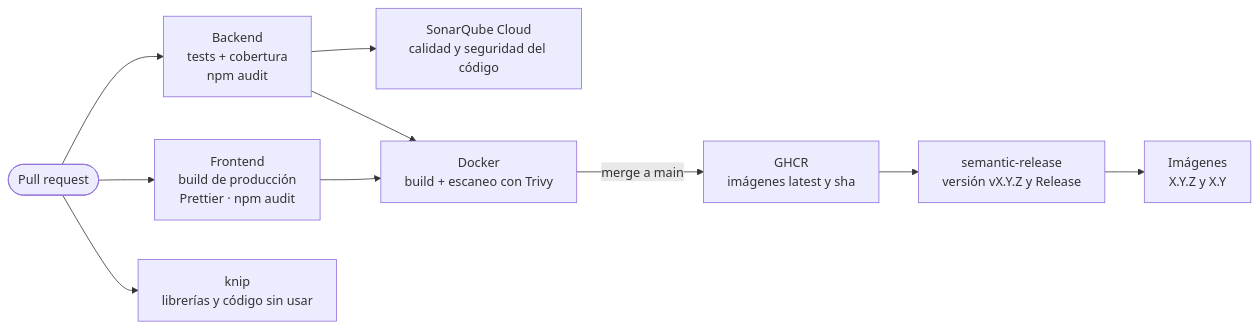
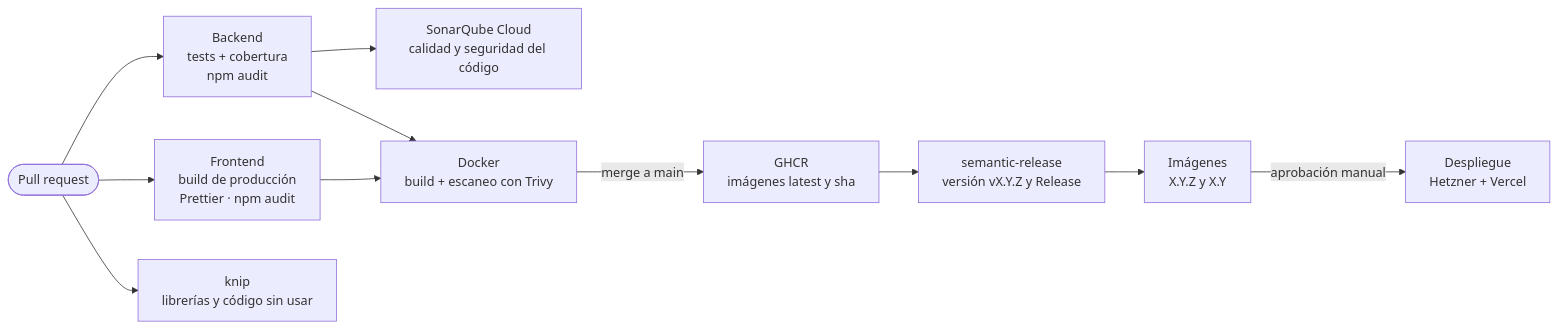
One commit to AngelaIruzubi/piaManager changed the third of 4 diagrams in README.md. Above: the diagram before and after it, drawn with Mermaid. The commit also changed other lines of this file, not shown here.

Commit message:
docs: despliegue automático en el README

````diff
--- a/README.md
+++ b/README.md
@@ -155,12 +155,13 @@
 ```mermaid
 flowchart LR
     PR([Pull request]) --> BT["Backend<br/>tests + cobertura<br/>npm audit"]
     PR --> FB["Frontend<br/>build de producción<br/>Prettier · npm audit"]
     PR --> K["knip<br/>librerías y código sin usar"]
     BT --> S["SonarQube Cloud<br/>calidad y seguridad del código"]
     BT --> DK
     FB --> DK["Docker<br/>build + escaneo con Trivy"]
     DK -->|merge a main| G["GHCR<br/>imágenes latest y sha"]
     G --> R["semantic-release<br/>versión vX.Y.Z y Release"]
     R --> V["Imágenes<br/>X.Y.Z y X.Y"]
+    V -->|aprobación manual| DP["Despliegue<br/>Hetzner + Vercel"]
 ```
````
